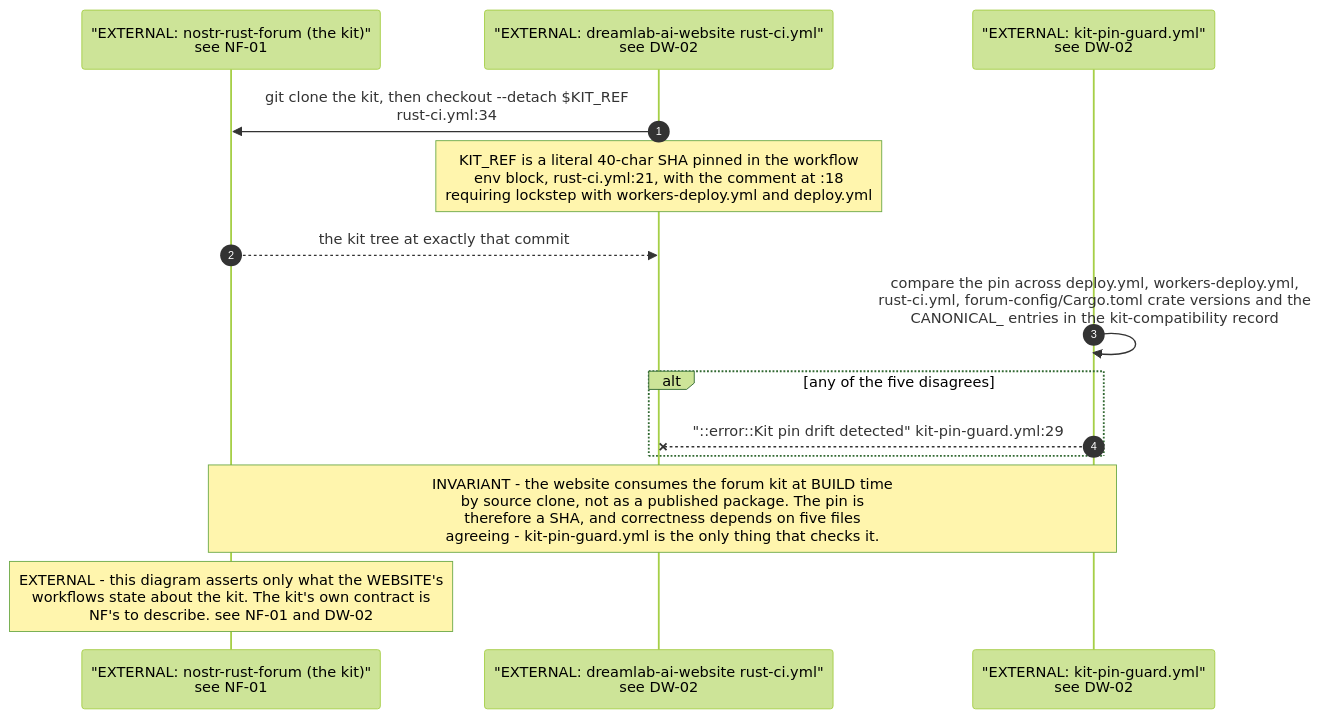
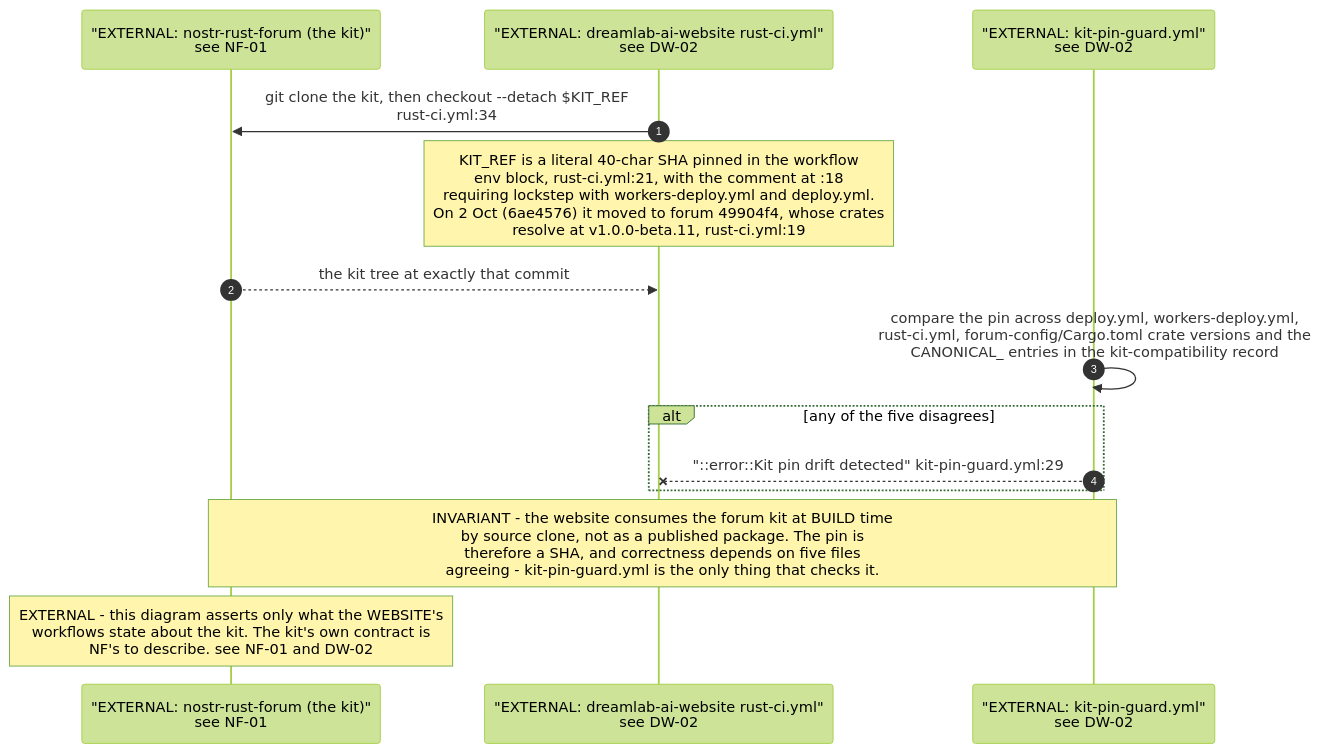
The fourth of 5 diagrams in docs/diagrams/estate/11-publishing-axis.md (DreamLab-AI/VisionFlow), drawn with Mermaid (forest theme) before and after one commit. The commit also changed other lines of this file and 94 other files, not shown here.

First line of the commit message:
docs(diagrams): re-verify 130 topics against 2 October HEADs

````diff
--- a/docs/diagrams/estate/11-publishing-axis.md
+++ b/docs/diagrams/estate/11-publishing-axis.md
@@ -114,17 +116,17 @@
 ```mermaid
 sequenceDiagram
     autonumber
     participant NF as "EXTERNAL: nostr-rust-forum (the kit)"<br/>see NF-01
     participant CI as "EXTERNAL: dreamlab-ai-website rust-ci.yml"<br/>see DW-02
     participant GUARD as "EXTERNAL: kit-pin-guard.yml"<br/>see DW-02
 
     CI->>NF: git clone the kit, then checkout --detach $KIT_REF<br/>rust-ci.yml:34
-    Note over CI: KIT_REF is a literal 40-char SHA pinned in the workflow<br/>env block, rust-ci.yml:21, with the comment at :18<br/>requiring lockstep with workers-deploy.yml and deploy.yml
+    Note over CI: KIT_REF is a literal 40-char SHA pinned in the workflow<br/>env block, rust-ci.yml:21, with the comment at :18<br/>requiring lockstep with workers-deploy.yml and deploy.yml.<br/>On 2 Oct (6ae4576) it moved to forum 49904f4, whose crates<br/>resolve at v1.0.0-beta.11, rust-ci.yml:19
     NF-->>CI: the kit tree at exactly that commit
     GUARD->>GUARD: compare the pin across deploy.yml, workers-deploy.yml,<br/>rust-ci.yml, forum-config/Cargo.toml crate versions and the<br/>CANONICAL_ entries in the kit-compatibility record
     alt any of the five disagrees
         GUARD--xCI: "::error::Kit pin drift detected" kit-pin-guard.yml:29
     end
     Note over NF,GUARD: INVARIANT - the website consumes the forum kit at BUILD time<br/>by source clone, not as a published package. The pin is<br/>therefore a SHA, and correctness depends on five files<br/>agreeing - kit-pin-guard.yml is the only thing that checks it.
     Note over NF: EXTERNAL - this diagram asserts only what the WEBSITE's<br/>workflows state about the kit. The kit's own contract is<br/>NF's to describe. see NF-01 and DW-02
 ```
````
